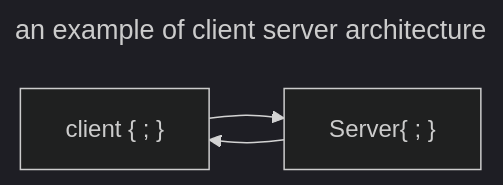
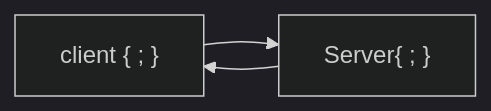
One commit to Parker-Wallace/sem8notes changed the second of 7 diagrams in CP 3566 Java III/Intro to Web Programming Architectures.md. Above: the diagram before and after it, drawn with Mermaid (dark theme). The commit also changed other lines of this file and 12 other files, not shown here.

````diff
--- a/CP 3566 Java III/Intro to Web Programming Architectures.md
+++ b/CP 3566 Java III/Intro to Web Programming Architectures.md
@@ -82,12 +79,10 @@
 ```mermaid
----
-title: an example of client server architecture
----
+
 flowchart LR
 
 A["client { ; }"]
 B["Server{ ; }"]
 
 A --> B
 B --> A
 ```
````
